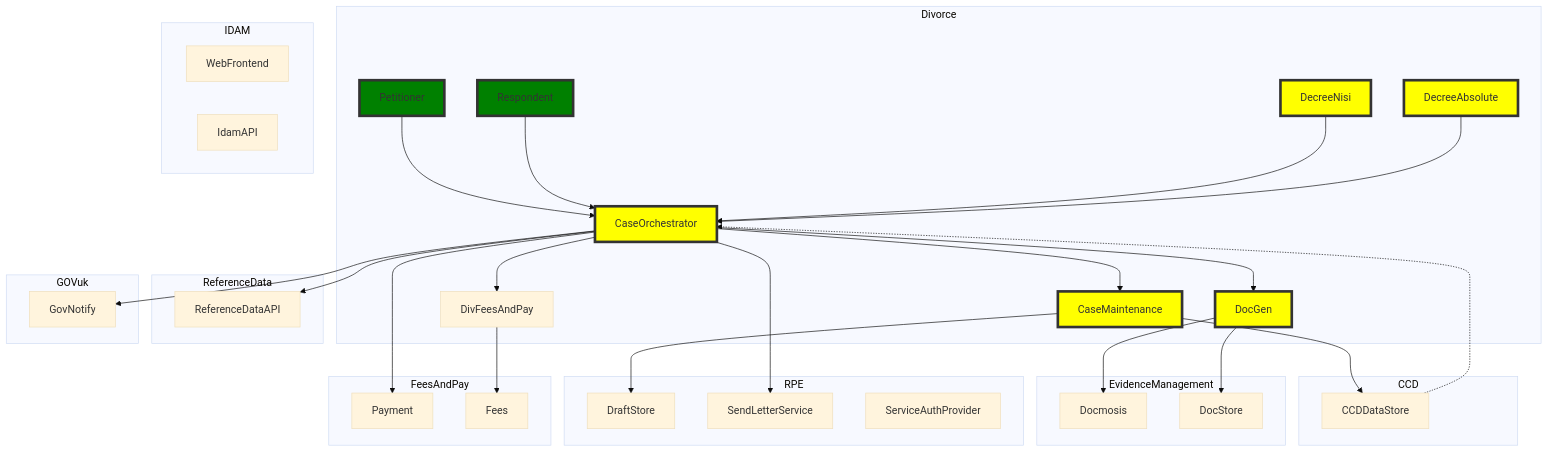
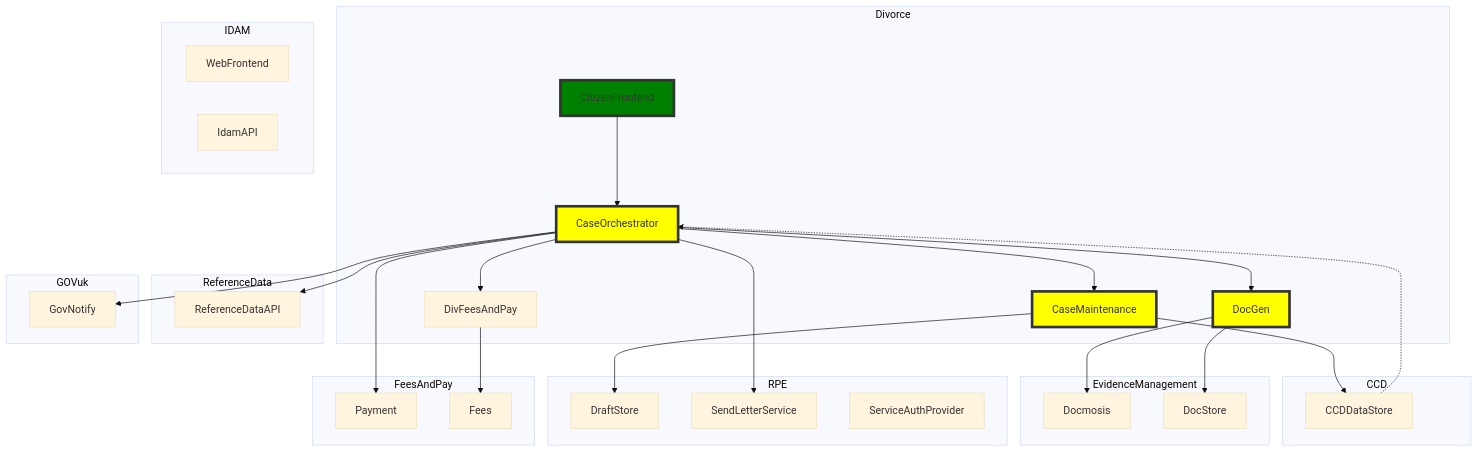
Before and after one commit to hmcts/nfdiv-discovery-documentation: the diagram in mermaid/some-re-use-overview.mmd, drawn with Mermaid (base theme). The commit also changed 2 other files, not shown here.

```diff
--- a/mermaid/some-re-use-overview.mmd
+++ b/mermaid/some-re-use-overview.mmd
@@ -1,78 +1,69 @@
 graph TD
 
   subgraph Divorce
-    Petitioner
-    class Petitioner newService
-    Respondent
-    class Respondent newService
-    DecreeNisi
-    class DecreeNisi forkedService
-    DecreeAbsolute
-    class DecreeAbsolute forkedService
+    CitizenFrontend
+    class CitizenFrontend newService
 
     CaseOrchestrator
     class CaseOrchestrator forkedService
     CaseMaintenance
     class CaseMaintenance forkedService
     DocGen
     class DocGen forkedService
 
     DivFeesAndPay
 
-    Petitioner-->CaseOrchestrator
-    Respondent-->CaseOrchestrator
-    DecreeNisi-->CaseOrchestrator
-    DecreeAbsolute-->CaseOrchestrator
+    CitizenFrontend-->CaseOrchestrator
 
     CaseOrchestrator-->CaseMaintenance
     CaseOrchestrator-->DivFeesAndPay
     CaseOrchestrator-->DocGen
   end
 
   subgraph IDAM
     WebFrontend
     IdamAPI
   end
 
   subgraph CCD
     CCDDataStore
   end
 
   subgraph EvidenceManagement
     Docmosis
     DocStore
   end
 
   subgraph RPE
     DraftStore
     SendLetterService
     ServiceAuthProvider
   end
 
   subgraph FeesAndPay
     Payment
     Fees
   end
 
   subgraph ReferenceData
     ReferenceDataAPI
   end
 
   subgraph GOVuk
     GovNotify
   end
 
   DocGen-->Docmosis
   DocGen-->DocStore
   CaseMaintenance-->DraftStore
   CaseMaintenance-->CCDDataStore
   CCDDataStore-.->CaseOrchestrator
   CaseOrchestrator-->Payment
   CaseOrchestrator-->SendLetterService
   CaseOrchestrator-->ReferenceDataAPI
   CaseOrchestrator-->GovNotify
   DivFeesAndPay-->Fees
 
   classDef newService fill:green,stroke:#333,stroke-width:4px
   classDef forkedService fill:yellow,stroke:#333,stroke-width:4px
   classDef modifiedService fill:red,stroke:#333,stroke-width:4px
```
